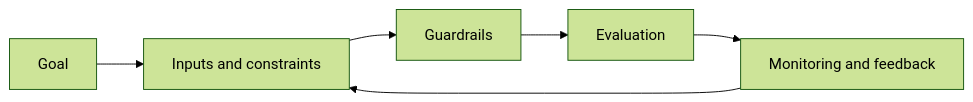
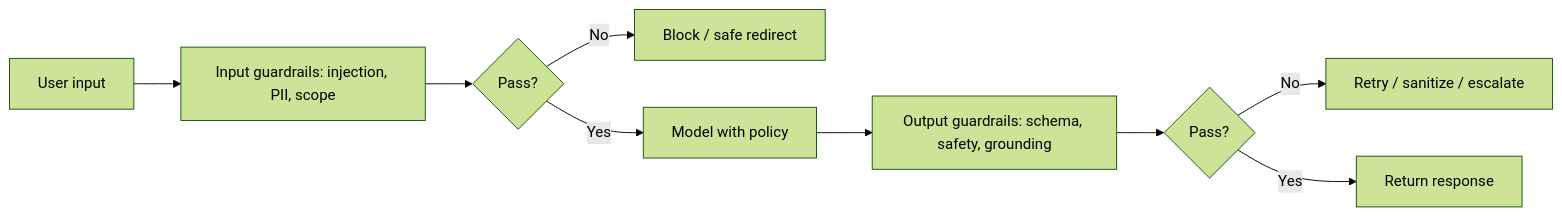
One commit to Icon1cc/Machine-Learning changed the diagram in llms/12-guardrails.md. Above: the diagram before and after it, drawn with Mermaid (forest theme). The commit also changed other lines of this file and 118 other files, not shown here.

````diff
--- a/llms/12-guardrails.md
+++ b/llms/12-guardrails.md
@@ -93,8 +72,11 @@
 ```mermaid
 flowchart LR
-    A[Goal] --> B[Inputs and constraints]
-    B --> C[Guardrails]
-    C --> D[Evaluation]
-    D --> E[Monitoring and feedback]
-    E --> B
+    A[User input] --> B[Input guardrails: injection, PII, scope]
+    B --> C{Pass?}
+    C -- No --> D[Block / safe redirect]
+    C -- Yes --> E[Model with policy]
+    E --> F[Output guardrails: schema, safety, grounding]
+    F --> G{Pass?}
+    G -- No --> H[Retry / sanitize / escalate]
+    G -- Yes --> I[Return response]
 ```
````
